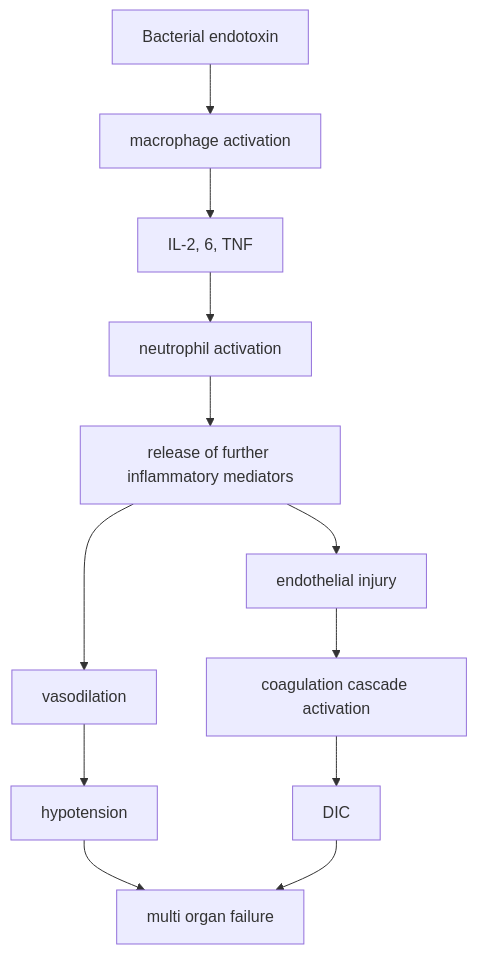
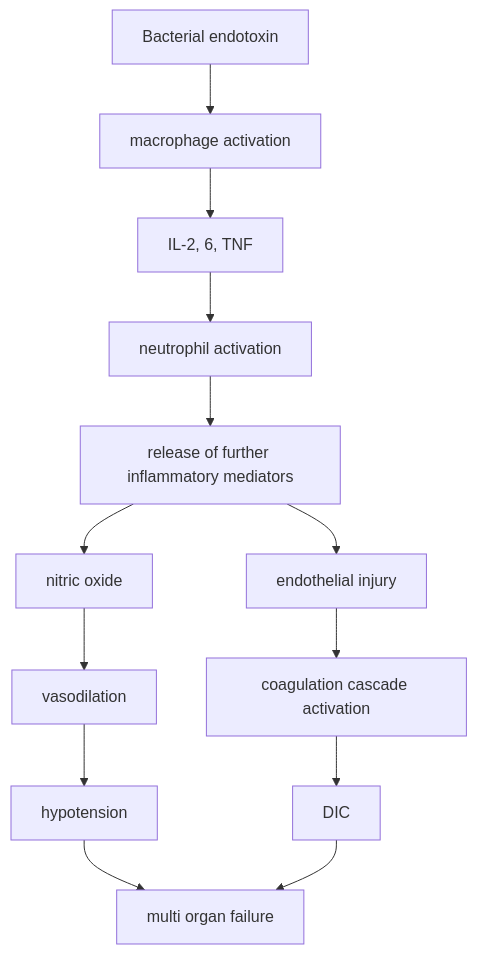
One commit to susmit31/MedNotes changed the diagram in code/septic.mmd. Above: the diagram before and after it, drawn with Mermaid. The commit also changed 2 other files, not shown here.

```diff
--- a/code/septic.mmd
+++ b/code/septic.mmd
@@ -1,12 +1,12 @@
 graph TB
 A[Bacterial endotoxin]-->B[macrophage activation]
 B-->C[IL-2, 6, TNF]
 C-->D[neutrophil activation]
 D-->E[release of further inflammatory mediators]
-E-->F[vasodilation]
+E-->M[nitric oxide]-->F[vasodilation]
 F-->K[hypotension]
 E-->N[endothelial injury]
 N-->I[coagulation cascade activation]
 I-->J[DIC]
 K-->L[multi organ failure]
 J-->L
```
